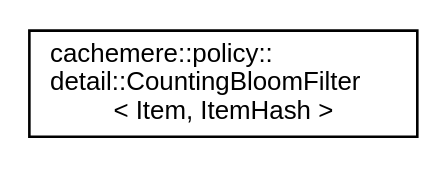
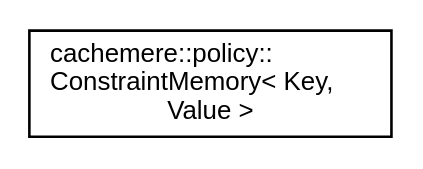
Before and after one commit to coveooss/cachemere: the diagram in docs/inherit_graph_9.dot, drawn with Graphviz. The commit also changed 122 other files, not shown here.

```diff
--- a/docs/inherit_graph_9.dot
+++ b/docs/inherit_graph_9.dot
@@ -1,8 +1,8 @@
 digraph "Graphical Class Hierarchy"
 {
  // LATEX_PDF_SIZE
   edge [fontname="Helvetica",fontsize="10",labelfontname="Helvetica",labelfontsize="10"];
   node [fontname="Helvetica",fontsize="10",shape=record];
   rankdir="LR";
-  Node0 [label="cachemere::policy::\ldetail::CountingBloomFilter\l\< Item, ItemHash \>",height=0.2,width=0.4,color="black", fillcolor="white", style="filled",URL="$classcachemere_1_1policy_1_1detail_1_1CountingBloomFilter.html",tooltip="Space-efficient probalistic data structure to estimate the number of times an item was inserted in a ..."];
+  Node0 [label="cachemere::policy::\lConstraintMemory\< Key,\l Value \>",height=0.2,width=0.4,color="black", fillcolor="white", style="filled",URL="$classcachemere_1_1policy_1_1ConstraintMemory.html",tooltip="Memory constraint."];
 }
```
